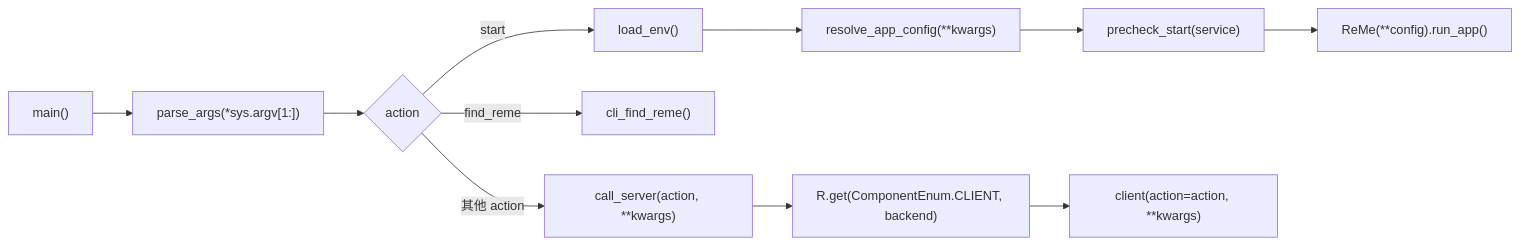
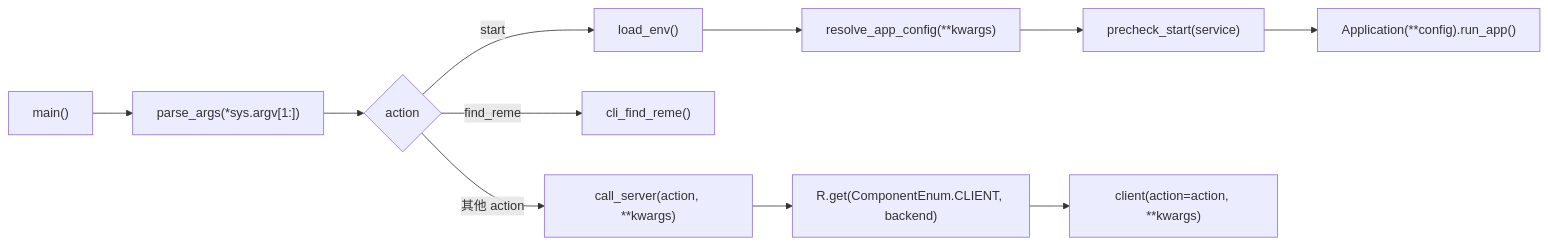
The second of 13 diagrams in docs/zh/framework.md (agentscope-ai/ReMe), drawn with Mermaid before and after one commit. The commit also changed other lines of this file and 423 other files, not shown here.

````diff
--- a/docs/zh/framework.md
+++ b/docs/zh/framework.md
@@ -112,13 +113,13 @@
 ```mermaid
 flowchart LR
     A["main()"] --> B["parse_args(*sys.argv[1:])"]
     B --> C{action}
     C -->|" start "| D["load_env()"]
     D --> E["resolve_app_config(**kwargs)"]
     E --> F["precheck_start(service)"]
-    F --> G["ReMe(**config).run_app()"]
+    F --> G["Application(**config).run_app()"]
     C -->|" find_reme "| H["cli_find_reme()"]
     C -->|" 其他 action "| I["call_server(action, **kwargs)"]
     I --> J["R.get(ComponentEnum.CLIENT, backend)"]
     J --> K["client(action=action, **kwargs)"]
 ```
````
